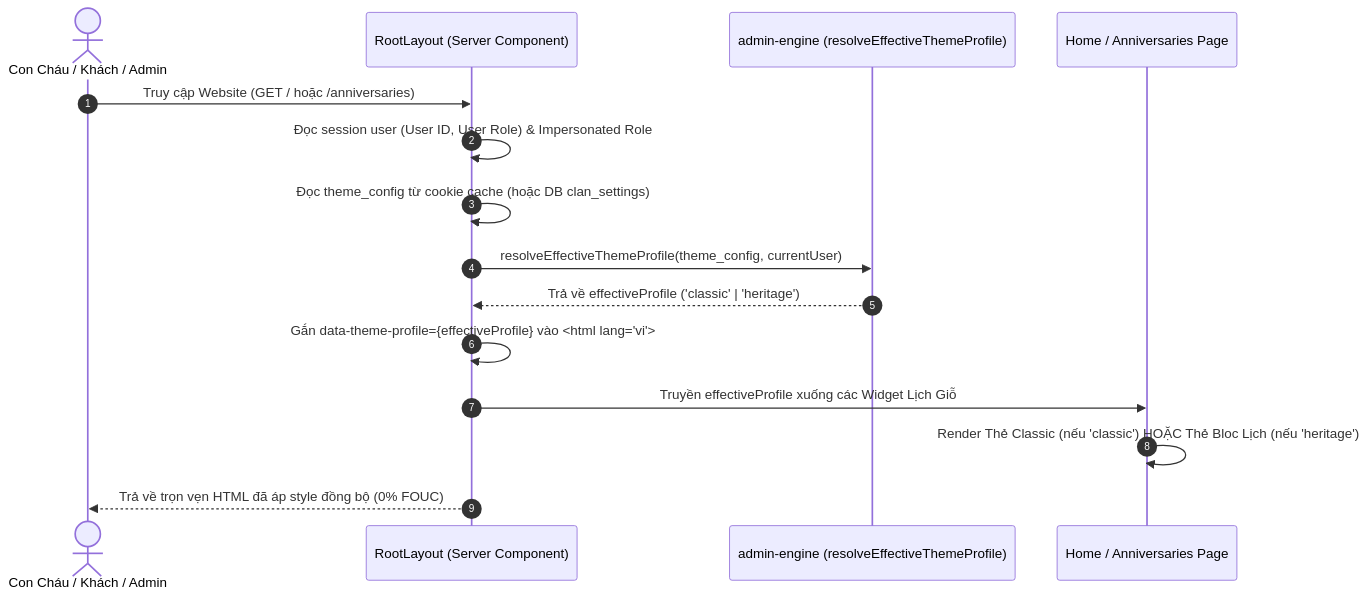
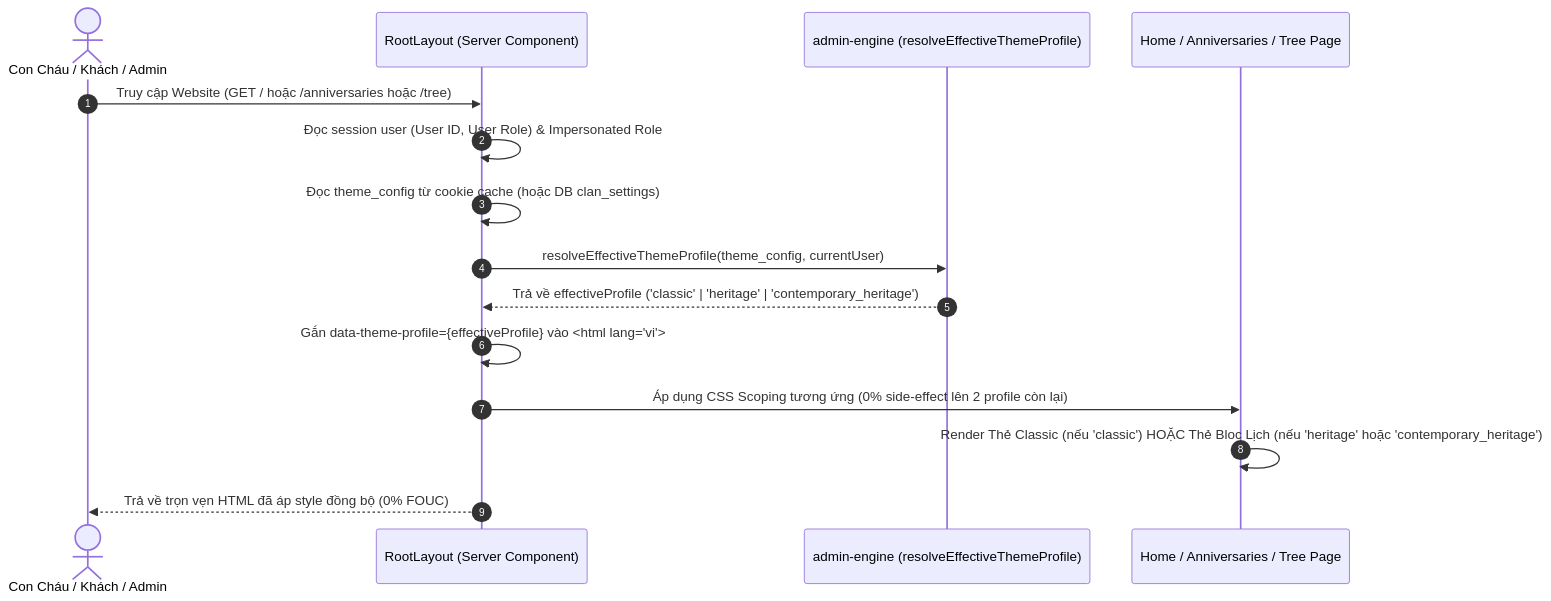
One commit to giappt/gia-pha changed the second of 3 diagrams in docs/18_Micro-Spec_Milestone_9_Design_Profiles_And_Anniversary_Bloc.md. Above: the diagram before and after it, drawn with Mermaid. The commit also changed other lines of this file and 28 other files, not shown here.

````diff
--- a/docs/18_Micro-Spec_Milestone_9_Design_Profiles_And_Anniversary_Bloc.md
+++ b/docs/18_Micro-Spec_Milestone_9_Design_Profiles_And_Anniversary_Bloc.md
@@ -116,18 +118,18 @@
 ```mermaid
 sequenceDiagram
     autonumber
     actor User as Con Cháu / Khách / Admin
     participant Server as RootLayout (Server Component)
     participant Engine as admin-engine (resolveEffectiveThemeProfile)
-    participant Page as Home / Anniversaries Page
+    participant Page as Home / Anniversaries / Tree Page
 
-    User->>Server: Truy cập Website (GET / hoặc /anniversaries)
+    User->>Server: Truy cập Website (GET / hoặc /anniversaries hoặc /tree)
     Server->>Server: Đọc session user (User ID, User Role) & Impersonated Role
     Server->>Server: Đọc theme_config từ cookie cache (hoặc DB clan_settings)
     Server->>Engine: resolveEffectiveThemeProfile(theme_config, currentUser)
-    Engine-->>Server: Trả về effectiveProfile ('classic' | 'heritage')
+    Engine-->>Server: Trả về effectiveProfile ('classic' | 'heritage' | 'contemporary_heritage')
     Server->>Server: Gắn data-theme-profile={effectiveProfile} vào <html lang="vi">
-    Server->>Page: Truyền effectiveProfile xuống các Widget Lịch Giỗ
-    Page->>Page: Render Thẻ Classic (nếu 'classic') HOẶC Thẻ Bloc Lịch (nếu 'heritage')
+    Server->>Page: Áp dụng CSS Scoping tương ứng (0% side-effect lên 2 profile còn lại)
+    Page->>Page: Render Thẻ Classic (nếu 'classic') HOẶC Thẻ Bloc Lịch (nếu 'heritage' hoặc 'contemporary_heritage')
     Server-->>User: Trả về trọn vẹn HTML đã áp style đồng bộ (0% FOUC)
 ```
````
